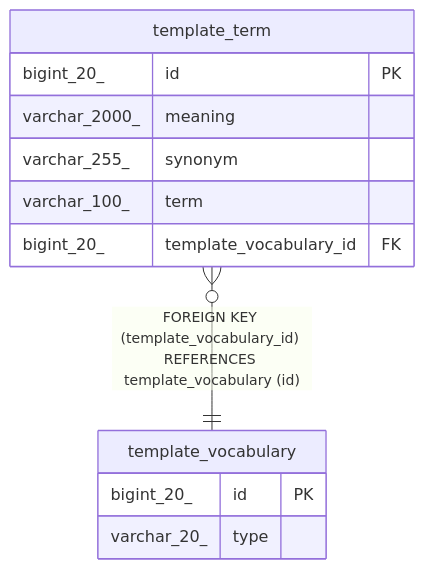
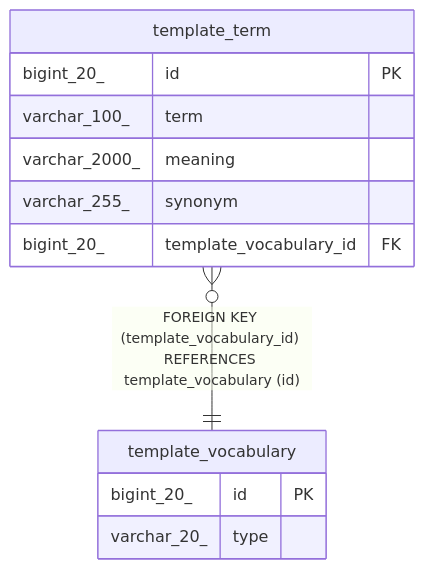
One commit to makevook/vook-server changed the diagram in docs/schema/template_vocabulary.md. Above: the diagram before and after it, drawn with Mermaid. The commit also changed other lines of this file and 11 other files, not shown here.

````diff
--- a/docs/schema/template_vocabulary.md
+++ b/docs/schema/template_vocabulary.md
@@ -42,17 +44,17 @@
 ```mermaid
 erDiagram
 
 "template_term" }o--|| "template_vocabulary" : "FOREIGN KEY (template_vocabulary_id) REFERENCES template_vocabulary (id)"
 
 "template_vocabulary" {
   bigint_20_ id PK
   varchar_20_ type
 }
 "template_term" {
   bigint_20_ id PK
+  varchar_100_ term
   varchar_2000_ meaning
   varchar_255_ synonym
-  varchar_100_ term
   bigint_20_ template_vocabulary_id FK
 }
 ```
````
